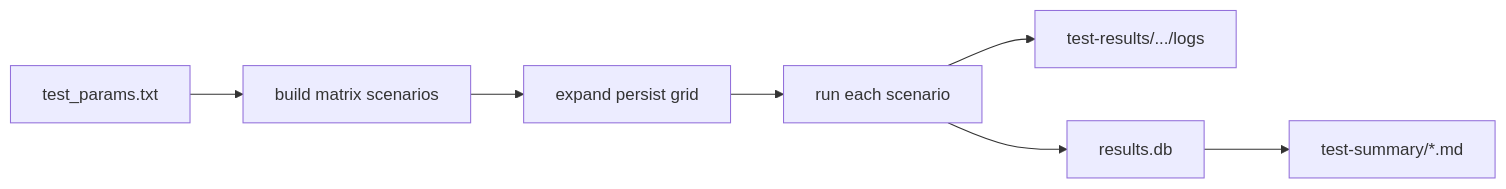
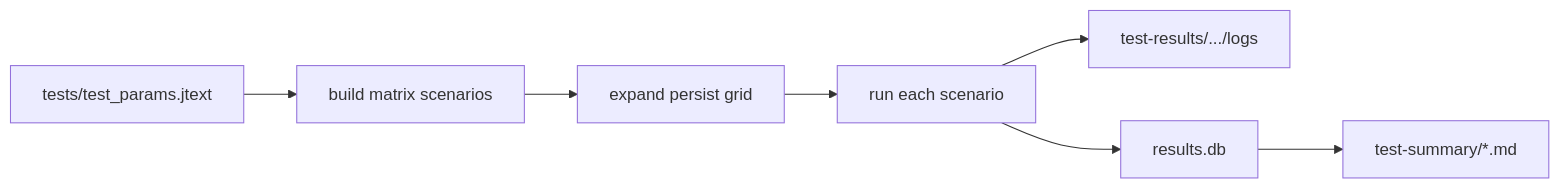
One commit to JayACarlsonAtHome/jac313 changed the second of 2 diagrams in v001/docs/Architecture.md. Above: the diagram before and after it, drawn with Mermaid. The commit also changed 92 other files, not shown here.

````diff
--- a/v001/docs/Architecture.md
+++ b/v001/docs/Architecture.md
@@ -86,9 +86,9 @@
 ```mermaid
 flowchart LR
-    A[test_params.txt] --> B[build matrix scenarios]
+    A[tests/test_params.jtext] --> B[build matrix scenarios]
     B --> C[expand persist grid]
     C --> D[run each scenario]
     D --> E[test-results/.../logs]
     D --> F[results.db]
     F --> G[test-summary/*.md]
 ```
````
